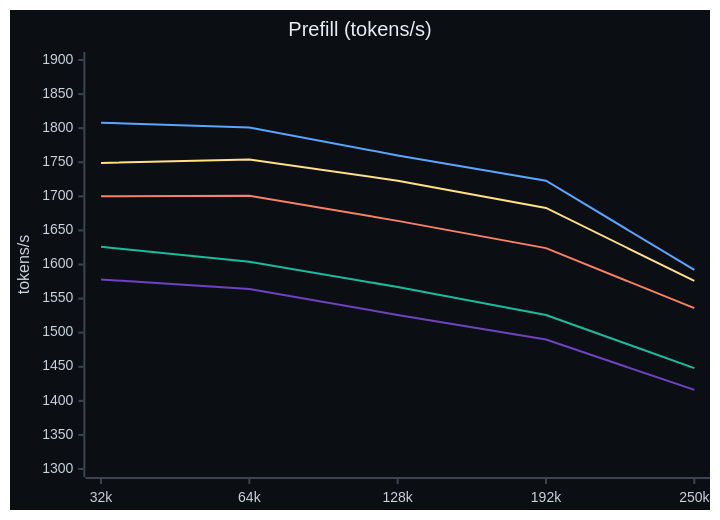
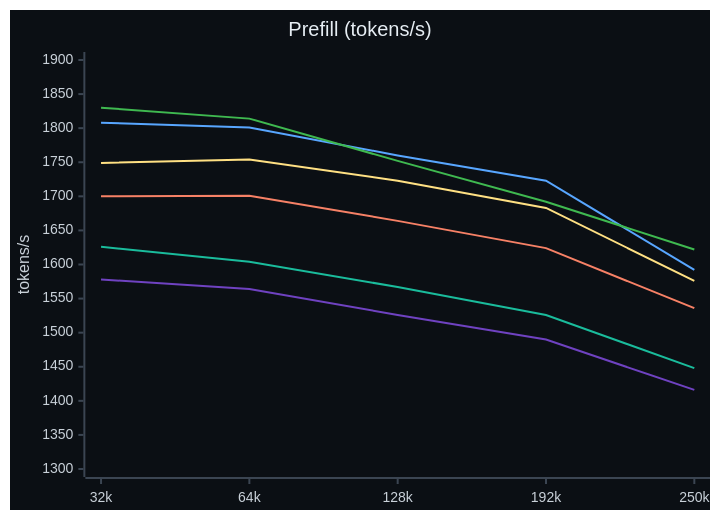
The first of 4 diagrams in docs/RESULTS.md (jaedync/crucible-strix-halo), drawn with Mermaid before and after one commit. The commit also changed other lines of this file and 50 other files, not shown here.

````diff
--- a/docs/RESULTS.md
+++ b/docs/RESULTS.md
@@ -89,12 +97,13 @@
 ```mermaid
-%%{init: {"theme": "base", "themeVariables": {"xyChart": {"backgroundColor": "#0b0f14", "titleColor": "#e6edf3", "xAxisLabelColor": "#c9d1d9", "yAxisLabelColor": "#c9d1d9", "xAxisTitleColor": "#c9d1d9", "yAxisTitleColor": "#c9d1d9", "xAxisLineColor": "#3b4552", "yAxisLineColor": "#3b4552", "xAxisTickColor": "#3b4552", "yAxisTickColor": "#3b4552", "plotColorPalette": "#6f42c1, #1abc9c, #f78166, #ffe083, #58a6ff"}}}}%%
+%%{init: {"theme": "base", "themeVariables": {"xyChart": {"backgroundColor": "#0b0f14", "titleColor": "#e6edf3", "xAxisLabelColor": "#c9d1d9", "yAxisLabelColor": "#c9d1d9", "xAxisTitleColor": "#c9d1d9", "yAxisTitleColor": "#c9d1d9", "xAxisLineColor": "#3b4552", "yAxisLineColor": "#3b4552", "xAxisTickColor": "#3b4552", "yAxisTickColor": "#3b4552", "plotColorPalette": "#6f42c1, #1abc9c, #f78166, #ffe083, #58a6ff, #3fb950"}}}}%%
 xychart-beta
     title "Prefill (tokens/s)"
     x-axis ["32k", "64k", "128k", "192k", "250k"]
     y-axis "tokens/s" 1300 --> 1900
     line [1578, 1564, 1526, 1490, 1416]
     line [1626, 1604, 1567, 1526, 1448]
     line [1700, 1701, 1664, 1624, 1536]
     line [1749, 1754, 1723, 1683, 1576]
     line [1808, 1801, 1760, 1723, 1592]
+    line [1830, 1814, 1752, 1692, 1622]
 ```
````
